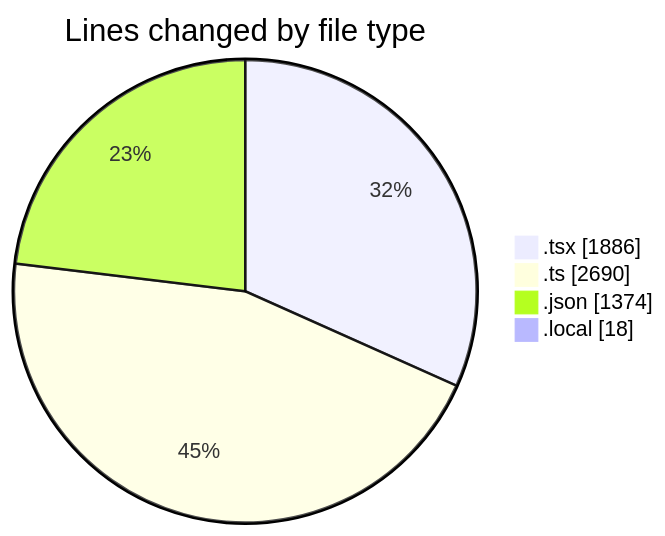
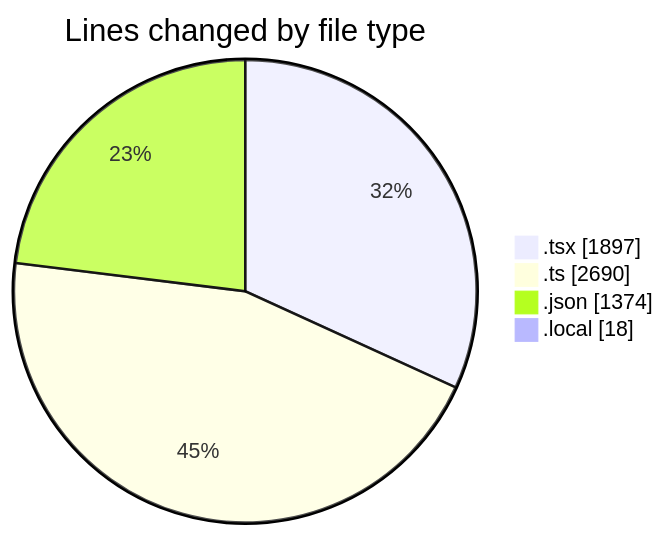
The first of 2 diagrams in 2025-10-16/eventscop-frontend-guide__workspace_/README.md (julien-gomy/code-tracking), drawn with Mermaid before and after one commit. The commit also changed other lines of this file and 1 other file, not shown here.

````diff
--- a/2025-10-16/eventscop-frontend-guide__workspace_/README.md
+++ b/2025-10-16/eventscop-frontend-guide__workspace_/README.md
@@ -55,8 +55,8 @@
 ```mermaid
 pie showData
 title Lines changed by file type
-".tsx" : 1886
+".tsx" : 1897
 ".ts" : 2690
 ".json" : 1374
 ".local" : 18
 ```
````
